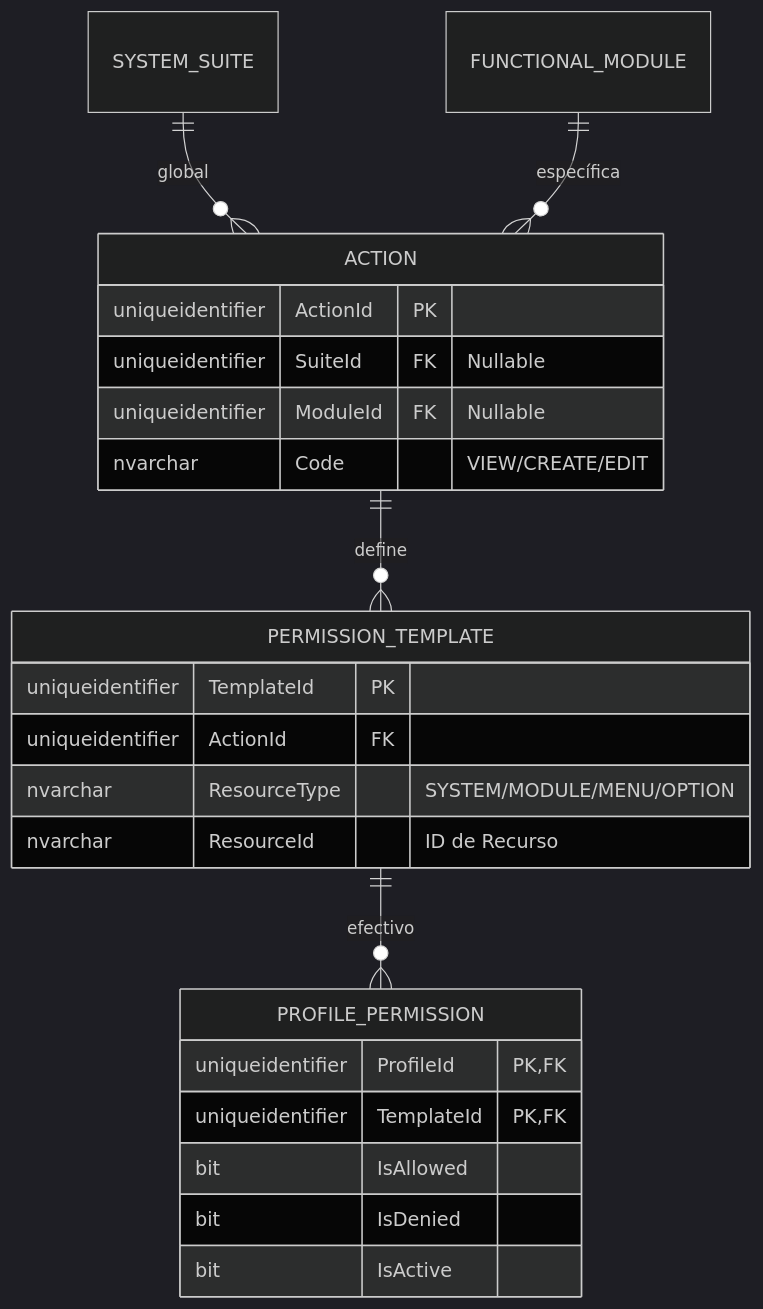
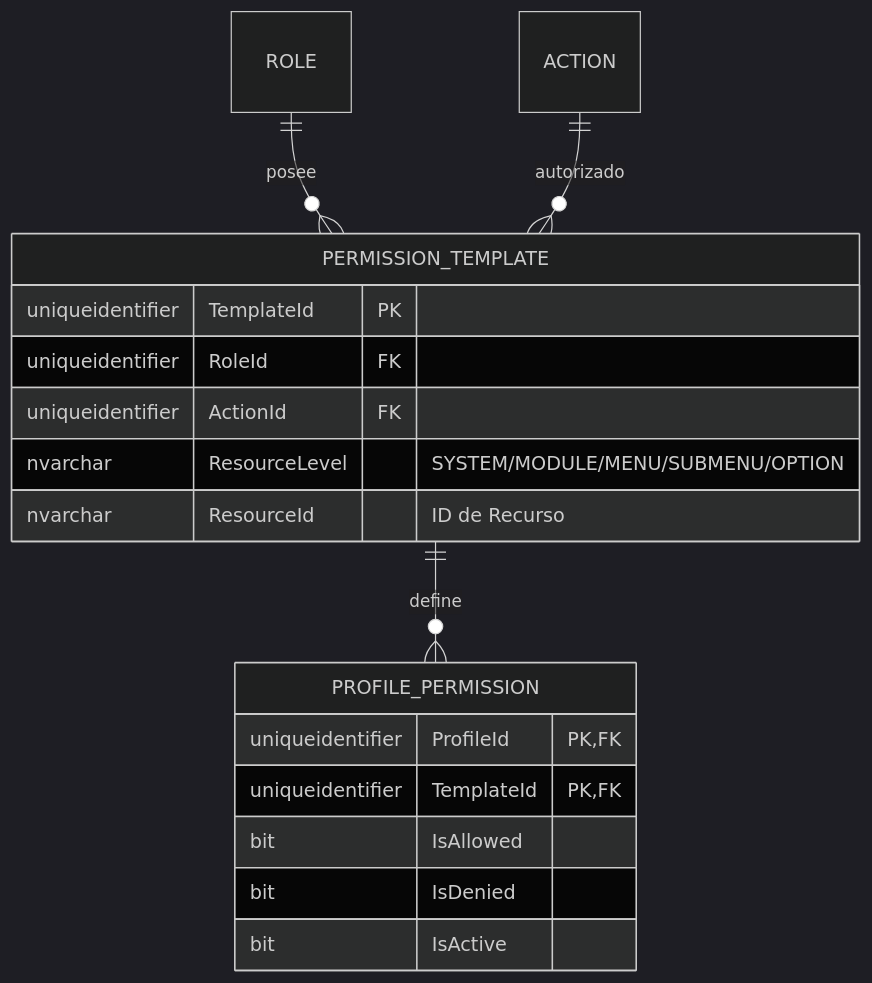
One commit to beyondnetcode/ums changed the second of 3 diagrams in architecture/blueprints-es/database-design-er.md. Above: the diagram before and after it, drawn with Mermaid (dark theme). The commit also changed other lines of this file and 4 other files, not shown here.

Commit message:
feat(auth): implement Role-Scoped Template Governance and deep functional hierarchy (EN/ES)

````diff
--- a/architecture/blueprints-es/database-design-er.md
+++ b/architecture/blueprints-es/database-design-er.md
@@ -49,30 +49,22 @@
 ```mermaid
 erDiagram
-    SYSTEM_SUITE ||--o{ ACTION : "global"
-    FUNCTIONAL_MODULE ||--o{ ACTION : "específica"
-    
-    ACTION ||--o{ PERMISSION_TEMPLATE : "define"
-    PERMISSION_TEMPLATE ||--o{ PROFILE_PERMISSION : "efectivo"
-    
-    ACTION {
-        uniqueidentifier ActionId PK
-        uniqueidentifier SuiteId FK "Nullable"
-        uniqueidentifier ModuleId FK "Nullable"
-        nvarchar Code "VIEW/CREATE/EDIT"
-    }
+    ROLE ||--o{ PERMISSION_TEMPLATE : "posee"
+    PERMISSION_TEMPLATE ||--o{ PROFILE_PERMISSION : "define"
+    ACTION ||--o{ PERMISSION_TEMPLATE : "autorizado"
     
     PERMISSION_TEMPLATE {
         uniqueidentifier TemplateId PK
+        uniqueidentifier RoleId FK
         uniqueidentifier ActionId FK
-        nvarchar ResourceType "SYSTEM/MODULE/MENU/OPTION"
+        nvarchar ResourceLevel "SYSTEM/MODULE/MENU/SUBMENU/OPTION"
         nvarchar ResourceId "ID de Recurso"
     }
     
     PROFILE_PERMISSION {
         uniqueidentifier ProfileId PK, FK
         uniqueidentifier TemplateId PK, FK
         bit IsAllowed
         bit IsDenied
         bit IsActive
     }
 ```
````
